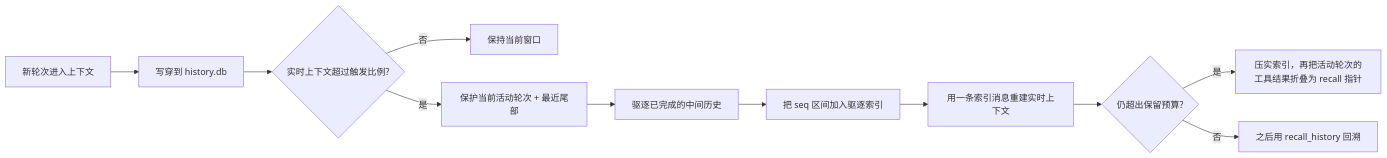
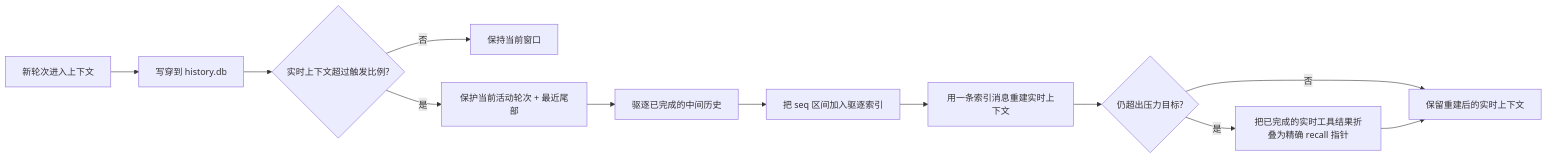
One commit to Ferrum360/QwenPaw changed the diagram in docs/context.zh.md. Above: the diagram before and after it, drawn with Mermaid. The commit also changed other lines of this file and 53 other files, not shown here.

````diff
--- a/docs/context.zh.md
+++ b/docs/context.zh.md
@@ -25,13 +25,14 @@
 ```mermaid
 flowchart LR
     A[新轮次进入上下文] --> B[写穿到 history.db]
     B --> C{实时上下文超过触发比例?}
     C -->|否| D[保持当前窗口]
     C -->|是| E[保护当前活动轮次 + 最近尾部]
     E --> F[驱逐已完成的中间历史]
     F --> G[把 seq 区间加入驱逐索引]
     G --> H[用一条索引消息重建实时上下文]
-    H --> I{仍超出保留预算?}
-    I -->|是| J[压实索引，再把活动轮次的工具结果折叠为 recall 指针]
-    I -->|否| K[之后用 recall_history 回溯]
+    H --> I{仍超出压力目标?}
+    I -->|是| J[把已完成的实时工具结果折叠为精确 recall 指针]
+    I -->|否| K[保留重建后的实时上下文]
+    J --> K
 ```
````
